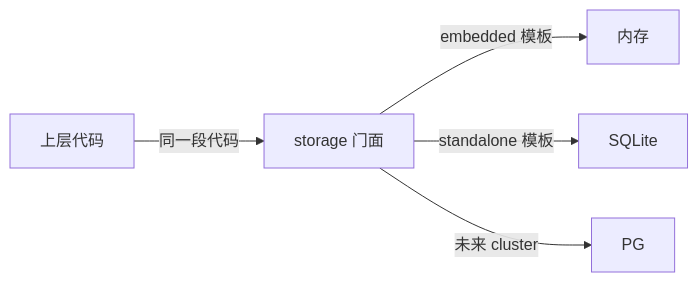
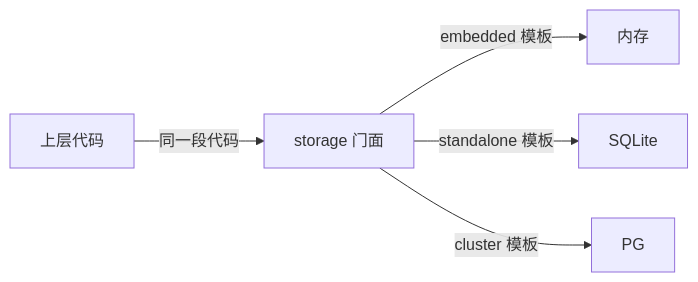
One commit to oagentkit/goagent-runtime changed the second of 2 diagrams in site/src/packages/storage.md. Above: the diagram before and after it, drawn with Mermaid. The commit also changed 18 other files, not shown here.

````diff
--- a/site/src/packages/storage.md
+++ b/site/src/packages/storage.md
@@ -49,7 +49,7 @@
 ```mermaid
 flowchart LR
     U["上层代码"] -->|同一段代码| F["storage 门面"]
     F -->|embedded 模板| MEM["内存"]
     F -->|standalone 模板| SQ["SQLite"]
-    F -->|未来 cluster| PG["PG"]
+    F -->|cluster 模板| PG["PG"]
 ```
````
